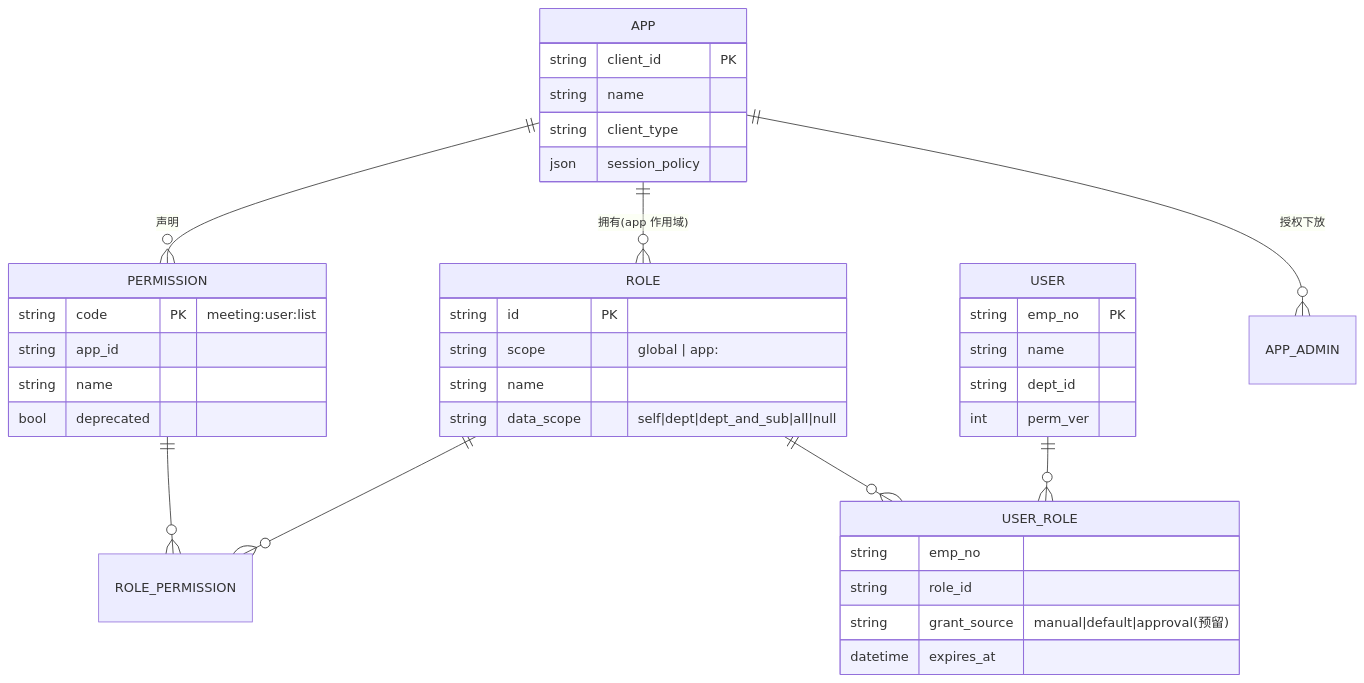
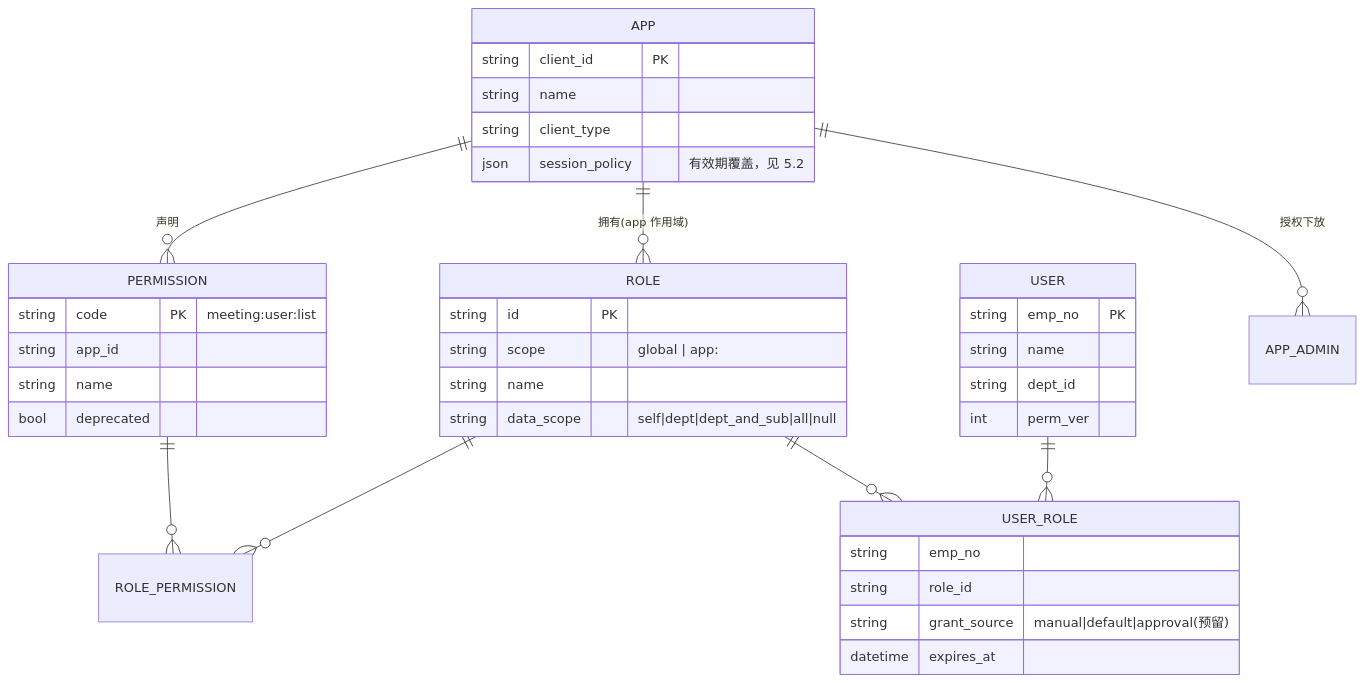
One commit to ygao0928/unified-auth changed the sixth of 6 diagrams in docs/design.md. Above: the diagram before and after it, drawn with Mermaid. The commit also changed other lines of this file and 4 other files, not shown here.

````diff
--- a/docs/design.md
+++ b/docs/design.md
@@ -438,16 +445,16 @@
 ```mermaid
 erDiagram
     APP ||--o{ PERMISSION : "声明"
     APP ||--o{ ROLE : "拥有(app 作用域)"
     ROLE ||--o{ ROLE_PERMISSION : ""
     PERMISSION ||--o{ ROLE_PERMISSION : ""
     USER ||--o{ USER_ROLE : ""
     ROLE ||--o{ USER_ROLE : ""
     APP ||--o{ APP_ADMIN : "授权下放"
 
-    APP { string client_id PK  string name  string client_type  json session_policy }
+    APP { string client_id PK  string name  string client_type  json session_policy "有效期覆盖，见 5.2" }
     PERMISSION { string code PK "meeting:user:list"  string app_id  string name  bool deprecated }
     ROLE { string id PK  string scope "global | app:<id>"  string name  string data_scope "self|dept|dept_and_sub|all|null" }
     USER { string emp_no PK  string name  string dept_id  int perm_ver }
     USER_ROLE { string emp_no  string role_id  string grant_source "manual|default|approval(预留)"  datetime expires_at }
 ```
````
